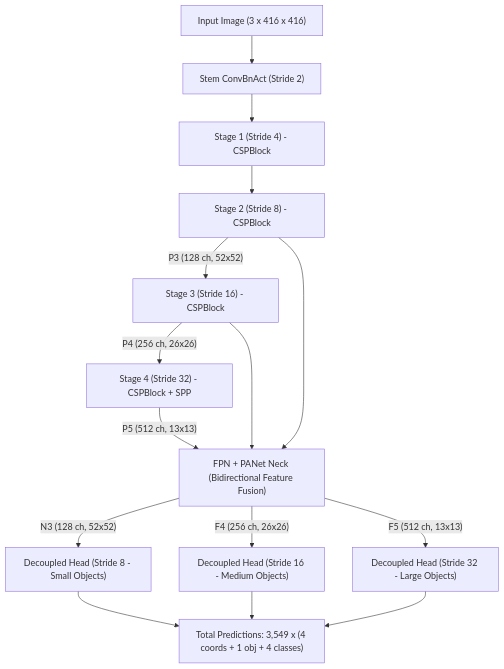
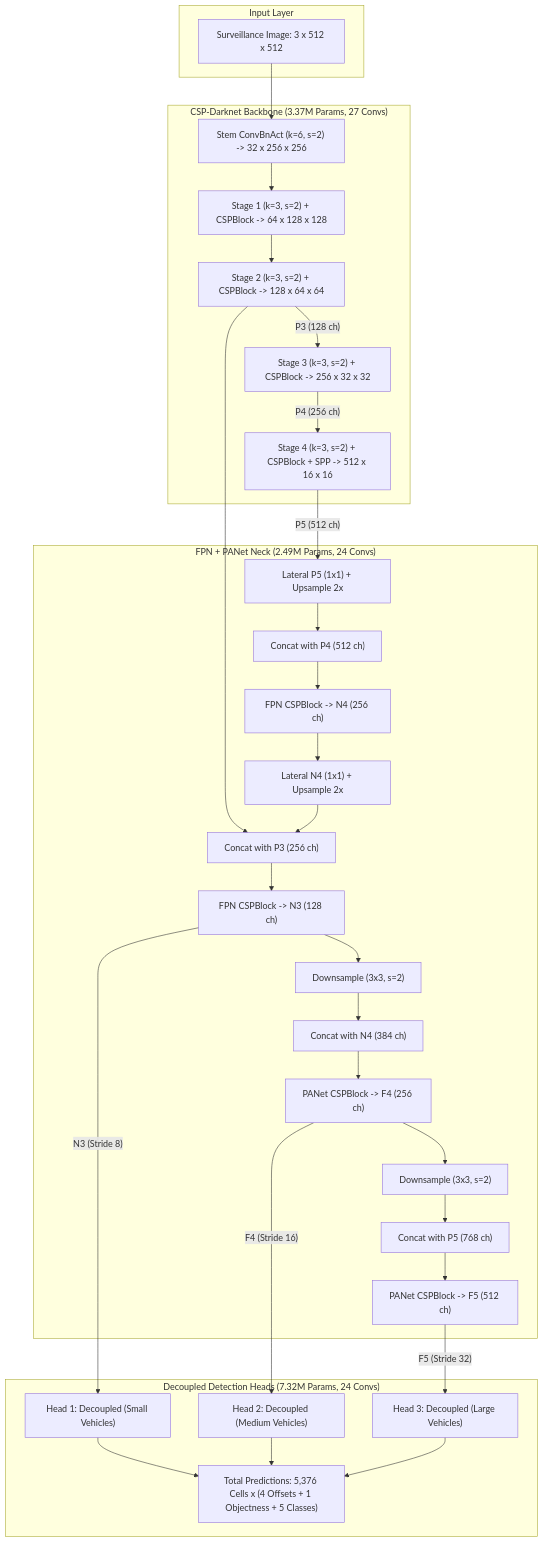
The diagram in models/MODEL_SPECIFICATIONS.md (CodeNebula-Dev/Adaptive-Traffic-Management-System-with-Emergency-Preemption), drawn with Mermaid before and after one commit. The commit also changed other lines of this file, not shown here.

Commit message:
docs: complete layer census, first-principles DL foundations, loss theory, and mAP specs in MODEL_SPECIFICATIONS.md

````diff
--- a/models/MODEL_SPECIFICATIONS.md
+++ b/models/MODEL_SPECIFICATIONS.md
@@ -26,20 +67,43 @@
 ```mermaid
 graph TD
-    Input["Input Image (3 x 416 x 416)"] --> Stem["Stem ConvBnAct (Stride 2)"]
-    Stem --> Stage1["Stage 1 (Stride 4) - CSPBlock"]
-    Stage1 --> Stage2["Stage 2 (Stride 8) - CSPBlock"]
-    Stage2 -->|"P3 (128 ch, 52x52)"| Stage3["Stage 3 (Stride 16) - CSPBlock"]
-    Stage3 -->|"P4 (256 ch, 26x26)"| Stage4["Stage 4 (Stride 32) - CSPBlock + SPP"]
-    Stage4 -->|"P5 (512 ch, 13x13)"| Neck["FPN + PANet Neck (Bidirectional Feature Fusion)"]
-    
-    Stage2 --> Neck
-    Stage3 --> Neck
-    
-    Neck -->|"N3 (128 ch, 52x52)"| Head1["Decoupled Head (Stride 8 - Small Objects)"]
-    Neck -->|"F4 (256 ch, 26x26)"| Head2["Decoupled Head (Stride 16 - Medium Objects)"]
-    Neck -->|"F5 (512 ch, 13x13)"| Head3["Decoupled Head (Stride 32 - Large Objects)"]
-    
-    Head1 --> Out["Total Predictions: 3,549 x (4 coords + 1 obj + 4 classes)"]
-    Head2 --> Out
-    Head3 --> Out
+    subgraph "Input Layer"
+        Img["Surveillance Image: 3 x 512 x 512"]
+    end
+
+    subgraph "CSP-Darknet Backbone (3.37M Params, 27 Convs)"
+        Img --> Stem["Stem ConvBnAct (k=6, s=2) -> 32 x 256 x 256"]
+        Stem --> S1["Stage 1 (k=3, s=2) + CSPBlock -> 64 x 128 x 128"]
+        S1 --> S2["Stage 2 (k=3, s=2) + CSPBlock -> 128 x 64 x 64"]
+        S2 -->|"P3 (128 ch)"| S3["Stage 3 (k=3, s=2) + CSPBlock -> 256 x 32 x 32"]
+        S3 -->|"P4 (256 ch)"| S4["Stage 4 (k=3, s=2) + CSPBlock + SPP -> 512 x 16 x 16"]
+    end
+
+    subgraph "FPN + PANet Neck (2.49M Params, 24 Convs)"
+        S4 -->|"P5 (512 ch)"| LatP5["Lateral P5 (1x1) + Upsample 2x"]
+        LatP5 --> Concat1["Concat with P4 (512 ch)"]
+        Concat1 --> CSP_P4["FPN CSPBlock -> N4 (256 ch)"]
+        
+        CSP_P4 --> LatN4["Lateral N4 (1x1) + Upsample 2x"]
+        S2 --> Concat2["Concat with P3 (256 ch)"]
+        LatN4 --> Concat2
+        Concat2 --> CSP_P3["FPN CSPBlock -> N3 (128 ch)"]
+        
+        CSP_P3 --> DownN3["Downsample (3x3, s=2)"]
+        DownN3 --> Concat3["Concat with N4 (384 ch)"]
+        Concat3 --> PAN_P4["PANet CSPBlock -> F4 (256 ch)"]
+        
+        PAN_P4 --> DownF4["Downsample (3x3, s=2)"]
+        DownF4 --> Concat4["Concat with P5 (768 ch)"]
+        Concat4 --> PAN_P5["PANet CSPBlock -> F5 (512 ch)"]
+    end
+
+    subgraph "Decoupled Detection Heads (7.32M Params, 24 Convs)"
+        CSP_P3 -->|"N3 (Stride 8)"| H1["Head 1: Decoupled (Small Vehicles)"]
+        PAN_P4 -->|"F4 (Stride 16)"| H2["Head 2: Decoupled (Medium Vehicles)"]
+        PAN_P5 -->|"F5 (Stride 32)"| H3["Head 3: Decoupled (Large Vehicles)"]
+        
+        H1 --> Out["Total Predictions: 5,376 Cells x (4 Offsets + 1 Objectness + 5 Classes)"]
+        H2 --> Out
+        H3 --> Out
+    end
 ```
````
